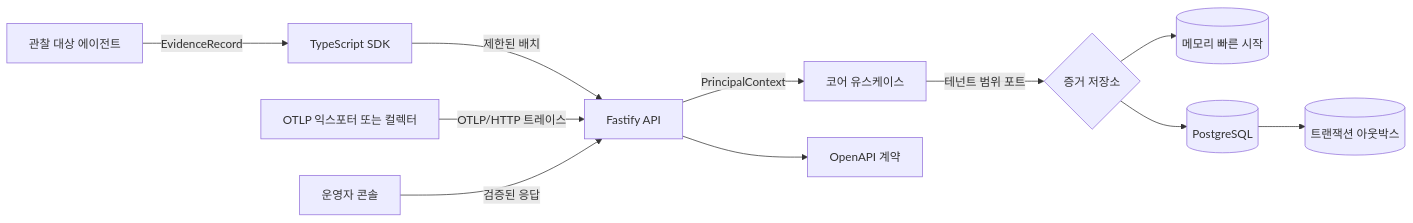
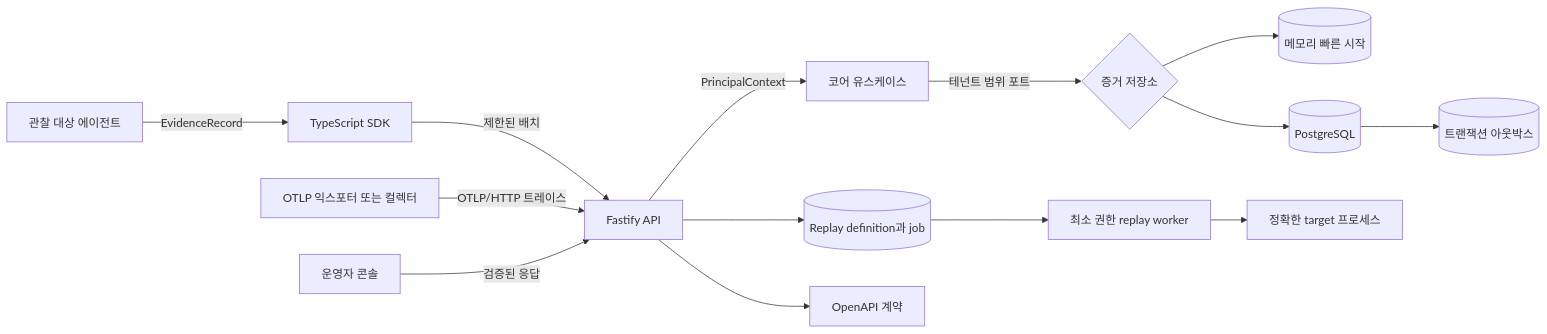
The diagram in README.ko.md (Kwondh0321/proofstack), drawn with Mermaid before and after one commit. The commit also changed other lines of this file and 2 other files, not shown here.

First line of the commit message:
docs(project): align durable replay claims

````diff
--- a/README.ko.md
+++ b/README.ko.md
@@ -68,13 +71,16 @@
 ```mermaid
 flowchart LR
     A[관찰 대상 에이전트] -->|EvidenceRecord| S[TypeScript SDK]
     S -->|제한된 배치| H[Fastify API]
     T[OTLP 익스포터 또는 컬렉터] -->|OTLP/HTTP 트레이스| H
     H -->|PrincipalContext| C[코어 유스케이스]
     C -->|테넌트 범위 포트| R{증거 저장소}
     R --> M[(메모리 빠른 시작)]
     R --> P[(PostgreSQL)]
     P --> X[(트랜잭션 아웃박스)]
+    H --> Q[(Replay definition과 job)]
+    Q --> RW[최소 권한 replay worker]
+    RW --> TP[정확한 target 프로세스]
     W[운영자 콘솔] -->|검증된 응답| H
     H --> O[OpenAPI 계약]
 ```
````
